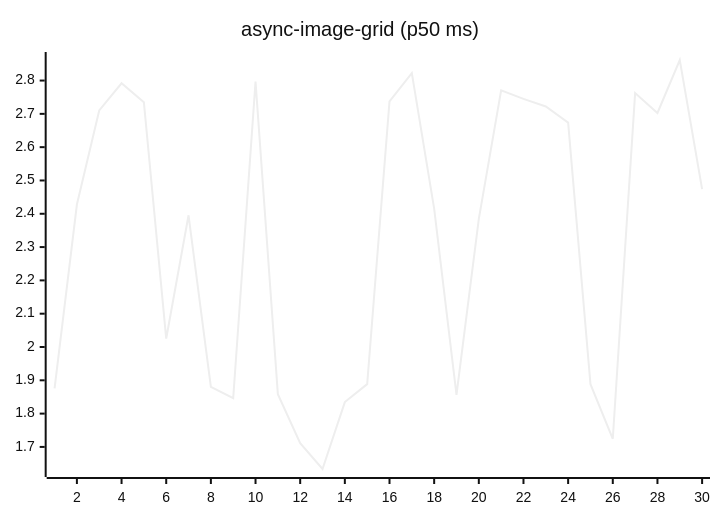
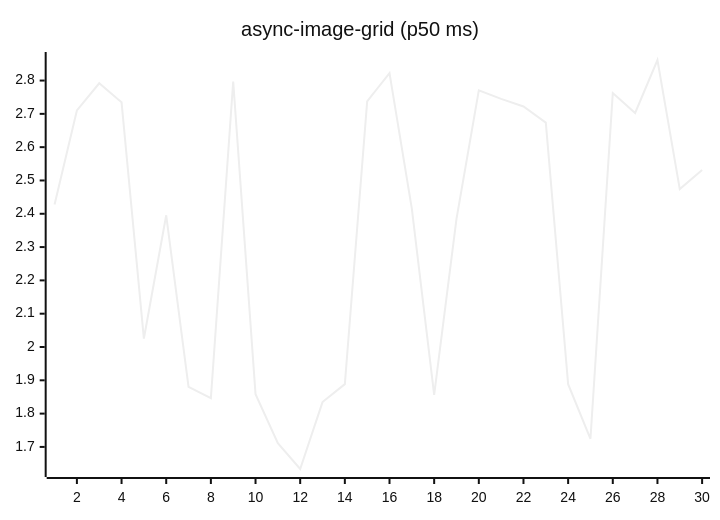
Before and after one commit to josha/Facet: the fifth of 27 diagrams in README.md, drawn with Mermaid (neutral theme). The commit also changed other lines of this file and 2 other files, not shown here.

````diff
--- a/README.md
+++ b/README.md
@@ -91,6 +91,6 @@
 ```mermaid
 xychart-beta
     title "async-image-grid (p50 ms)"
     x-axis 1 --> 30
-    line [1.8756, 2.4277, 2.7103, 2.7919, 2.7346, 2.0254, 2.3955, 1.8801, 1.8461, 2.7970, 1.8583, 1.7113, 1.6337, 1.8346, 1.8885, 2.7375, 2.8223, 2.4153, 1.8565, 2.3845, 2.7705, 2.7451, 2.7222, 2.6737, 1.8884, 1.7244, 2.7624, 2.7026, 2.8617, 2.4742]
+    line [2.4277, 2.7103, 2.7919, 2.7346, 2.0254, 2.3955, 1.8801, 1.8461, 2.7970, 1.8583, 1.7113, 1.6337, 1.8346, 1.8885, 2.7375, 2.8223, 2.4153, 1.8565, 2.3845, 2.7705, 2.7451, 2.7222, 2.6737, 1.8884, 1.7244, 2.7624, 2.7026, 2.8617, 2.4742, 2.5316]
 ```
````
